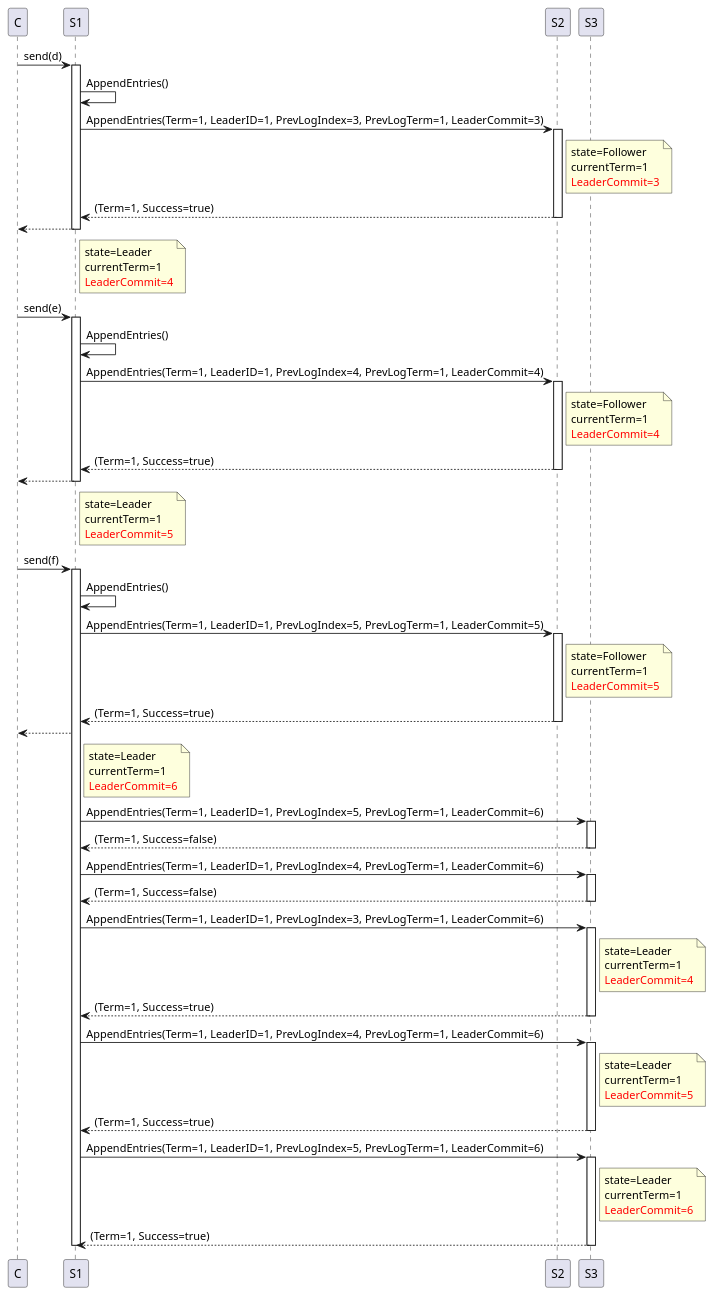
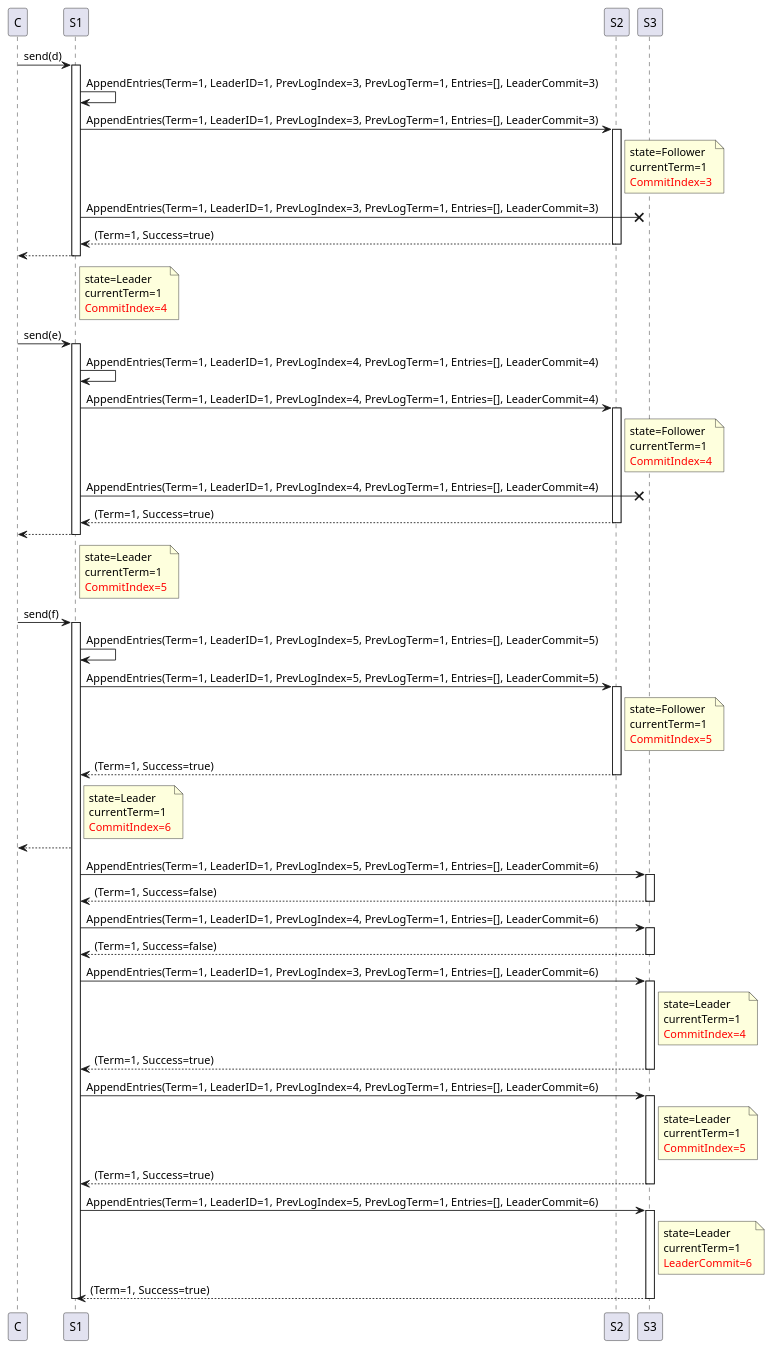
One commit to nocnob/notfound changed the seventh of 7 diagrams in src/pages/posts/distribution-raft.adoc. Above: the diagram before and after it, drawn with PlantUML. The commit also changed other lines of this file, not shown here.

```diff
--- a/src/pages/posts/distribution-raft.adoc
+++ b/src/pages/posts/distribution-raft.adoc
@@ -303,14 +465,15 @@
 
 c -> s1 : send(d)
 activate s1
-s1 -> s1 : AppendEntries()
-s1 -> s2 : AppendEntries(Term=1, LeaderID=1, PrevLogIndex=3, PrevLogTerm=1, LeaderCommit=3)
+s1 -> s1 : AppendEntries(Term=1, LeaderID=1, PrevLogIndex=3, PrevLogTerm=1, Entries=[], LeaderCommit=3)
+s1 -> s2 : AppendEntries(Term=1, LeaderID=1, PrevLogIndex=3, PrevLogTerm=1, Entries=[], LeaderCommit=3)
 activate s2
 note right s2
     state=Follower
     currentTerm=1
-    <font color=red>LeaderCommit=3
+    <font color=red>CommitIndex=3
 end note
+s1 -x s3 : AppendEntries(Term=1, LeaderID=1, PrevLogIndex=3, PrevLogTerm=1, Entries=[], LeaderCommit=3)
 s1 <-- s2 : (Term=1, Success=true)
 deactivate s2
 c <-- s1
@@ -318,19 +481,20 @@
 note right s1
     state=Leader
     currentTerm=1
-    <font color=red>LeaderCommit=4
+    <font color=red>CommitIndex=4
 end note
 
 c -> s1 : send(e)
 activate s1
-s1 -> s1 : AppendEntries()
-s1 -> s2 : AppendEntries(Term=1, LeaderID=1, PrevLogIndex=4, PrevLogTerm=1, LeaderCommit=4)
+s1 -> s1 : AppendEntries(Term=1, LeaderID=1, PrevLogIndex=4, PrevLogTerm=1, Entries=[], LeaderCommit=4)
+s1 -> s2 : AppendEntries(Term=1, LeaderID=1, PrevLogIndex=4, PrevLogTerm=1, Entries=[], LeaderCommit=4)
 activate s2
 note right s2
     state=Follower
     currentTerm=1
-    <font color=red>LeaderCommit=4
+    <font color=red>CommitIndex=4
 end note
+s1 -x s3 : AppendEntries(Term=1, LeaderID=1, PrevLogIndex=4, PrevLogTerm=1, Entries=[], LeaderCommit=4)
 s1 <-- s2 : (Term=1, Success=true)
 deactivate s2
 c <-- s1
@@ -338,57 +502,57 @@
 note right s1
     state=Leader
     currentTerm=1
-    <font color=red>LeaderCommit=5
+    <font color=red>CommitIndex=5
 end note
 
 c -> s1 : send(f)
 activate s1
-s1 -> s1 : AppendEntries()
-s1 -> s2 : AppendEntries(Term=1, LeaderID=1, PrevLogIndex=5, PrevLogTerm=1, LeaderCommit=5)
+s1 -> s1 : AppendEntries(Term=1, LeaderID=1, PrevLogIndex=5, PrevLogTerm=1, Entries=[], LeaderCommit=5)
+s1 -> s2 : AppendEntries(Term=1, LeaderID=1, PrevLogIndex=5, PrevLogTerm=1, Entries=[], LeaderCommit=5)
 activate s2
 note right s2
     state=Follower
     currentTerm=1
-    <font color=red>LeaderCommit=5
+    <font color=red>CommitIndex=5
 end note
 s1 <-- s2 : (Term=1, Success=true)
 deactivate s2
-c <-- s1
 note right s1
     state=Leader
     currentTerm=1
-    <font color=red>LeaderCommit=6
+    <font color=red>CommitIndex=6
 end note
+c <-- s1
 
-s1 -> s3 : AppendEntries(Term=1, LeaderID=1, PrevLogIndex=5, PrevLogTerm=1, LeaderCommit=6)
+s1 -> s3 : AppendEntries(Term=1, LeaderID=1, PrevLogIndex=5, PrevLogTerm=1, Entries=[], LeaderCommit=6)
 activate s3
 s1 <-- s3 : (Term=1, Success=false)
 deactivate s3
-s1 -> s3 : AppendEntries(Term=1, LeaderID=1, PrevLogIndex=4, PrevLogTerm=1, LeaderCommit=6)
+s1 -> s3 : AppendEntries(Term=1, LeaderID=1, PrevLogIndex=4, PrevLogTerm=1, Entries=[], LeaderCommit=6)
 activate s3
 s1 <-- s3 : (Term=1, Success=false)
 deactivate s3
-s1 -> s3 : AppendEntries(Term=1, LeaderID=1, PrevLogIndex=3, PrevLogTerm=1, LeaderCommit=6)
+s1 -> s3 : AppendEntries(Term=1, LeaderID=1, PrevLogIndex=3, PrevLogTerm=1, Entries=[], LeaderCommit=6)
 activate s3
 note right s3
     state=Leader
     currentTerm=1
-    <font color=red>LeaderCommit=4
+    <font color=red>CommitIndex=4
 end note
 s1 <-- s3 : (Term=1, Success=true)
 deactivate s3
 
-s1 -> s3 : AppendEntries(Term=1, LeaderID=1, PrevLogIndex=4, PrevLogTerm=1, LeaderCommit=6)
+s1 -> s3 : AppendEntries(Term=1, LeaderID=1, PrevLogIndex=4, PrevLogTerm=1, Entries=[], LeaderCommit=6)
 activate s3
 note right s3
     state=Leader
     currentTerm=1
-    <font color=red>LeaderCommit=5
+    <font color=red>CommitIndex=5
 end note
 s1 <-- s3 : (Term=1, Success=true)
 deactivate s3
 
-s1 -> s3 : AppendEntries(Term=1, LeaderID=1, PrevLogIndex=5, PrevLogTerm=1, LeaderCommit=6)
+s1 -> s3 : AppendEntries(Term=1, LeaderID=1, PrevLogIndex=5, PrevLogTerm=1, Entries=[], LeaderCommit=6)
 activate s3
 note right s3
     state=Leader
@@ -399,6 +563,5 @@
 deactivate s3
 
 deactivate s1
-
 @enduml
 ----
```
